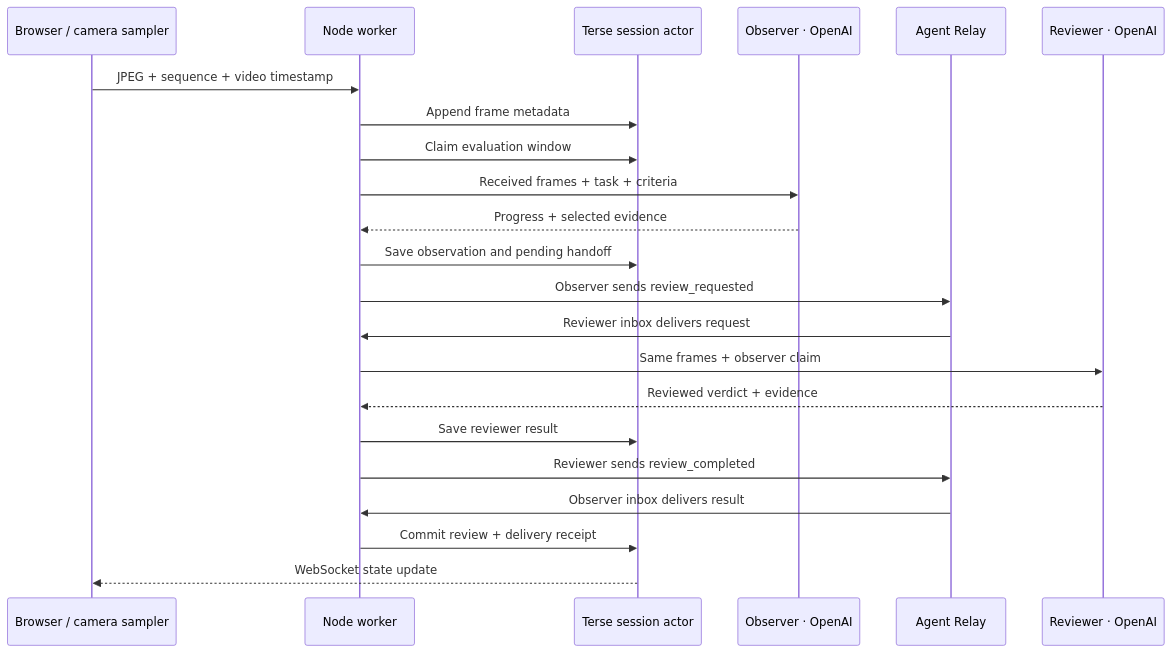
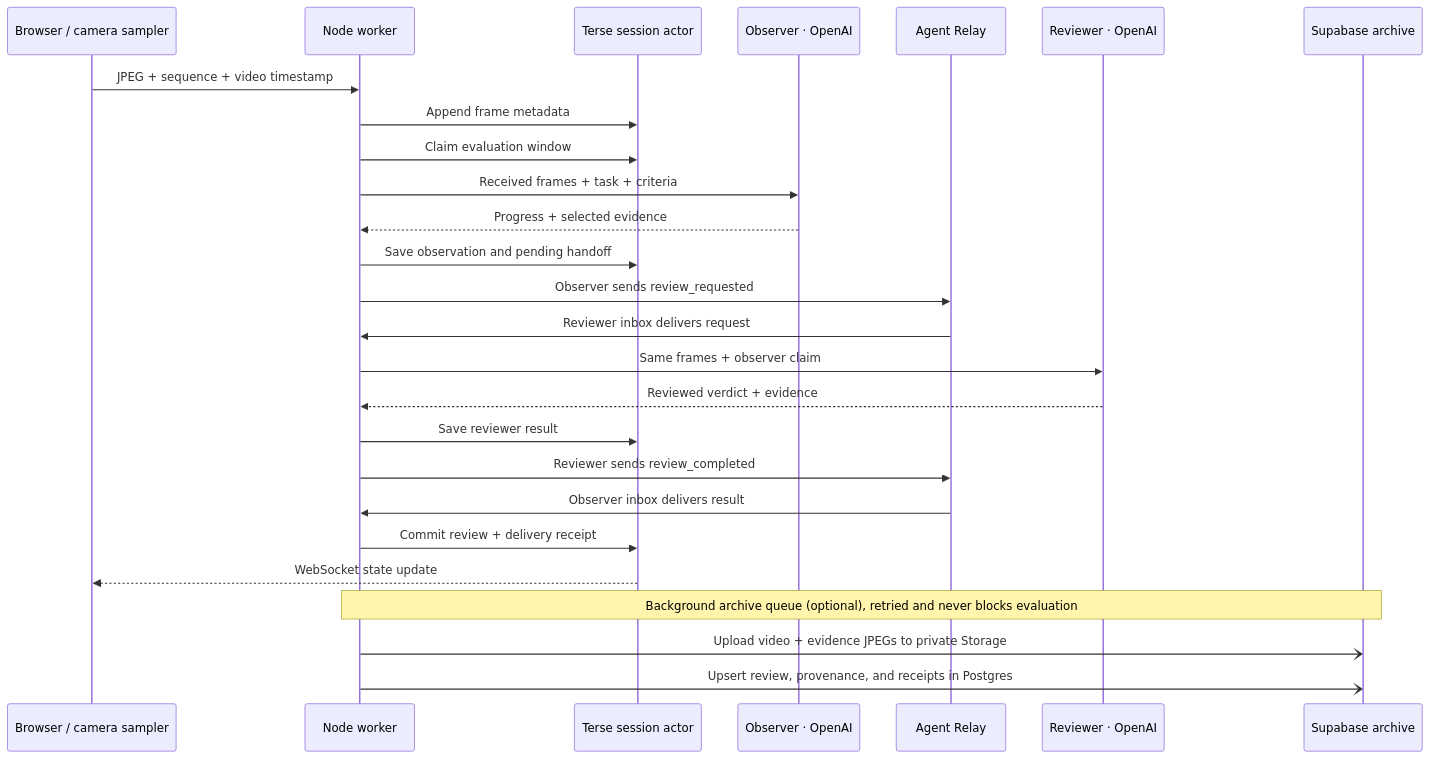
The diagram in docs/architecture.md (KaushikSiva/bruno-evals), drawn with Mermaid before and after one commit.

Commit message:
Show Supabase archive in the live review sequence diagram

````diff
--- a/docs/architecture.md
+++ b/docs/architecture.md
@@ -17,24 +17,28 @@
 ```mermaid
 sequenceDiagram
     participant B as Browser / camera sampler
     participant W as Node worker
     participant T as Terse session actor
     participant O as Observer · OpenAI
     participant A as Agent Relay
     participant R as Reviewer · OpenAI
+    participant S as Supabase archive
     B->>W: JPEG + sequence + video timestamp
     W->>T: Append frame metadata
     W->>T: Claim evaluation window
     W->>O: Received frames + task + criteria
     O-->>W: Progress + selected evidence
     W->>T: Save observation and pending handoff
     W->>A: Observer sends review_requested
     A->>W: Reviewer inbox delivers request
     W->>R: Same frames + observer claim
     R-->>W: Reviewed verdict + evidence
     W->>T: Save reviewer result
     W->>A: Reviewer sends review_completed
     A->>W: Observer inbox delivers result
     W->>T: Commit review + delivery receipt
     T-->>B: WebSocket state update
+    Note over W,S: Background archive queue (optional), retried and never blocks evaluation
+    W-)S: Upload video + evidence JPEGs to private Storage
+    W-)S: Upsert review, provenance, and receipts in Postgres
 ```
````
